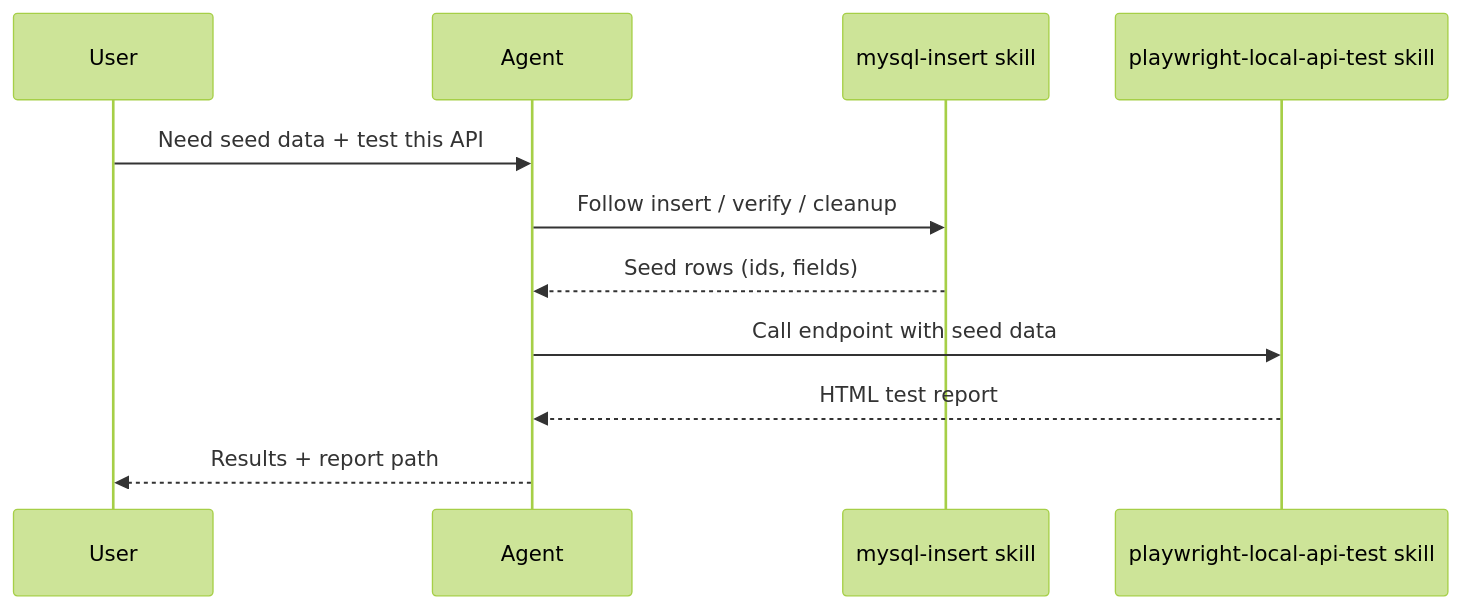
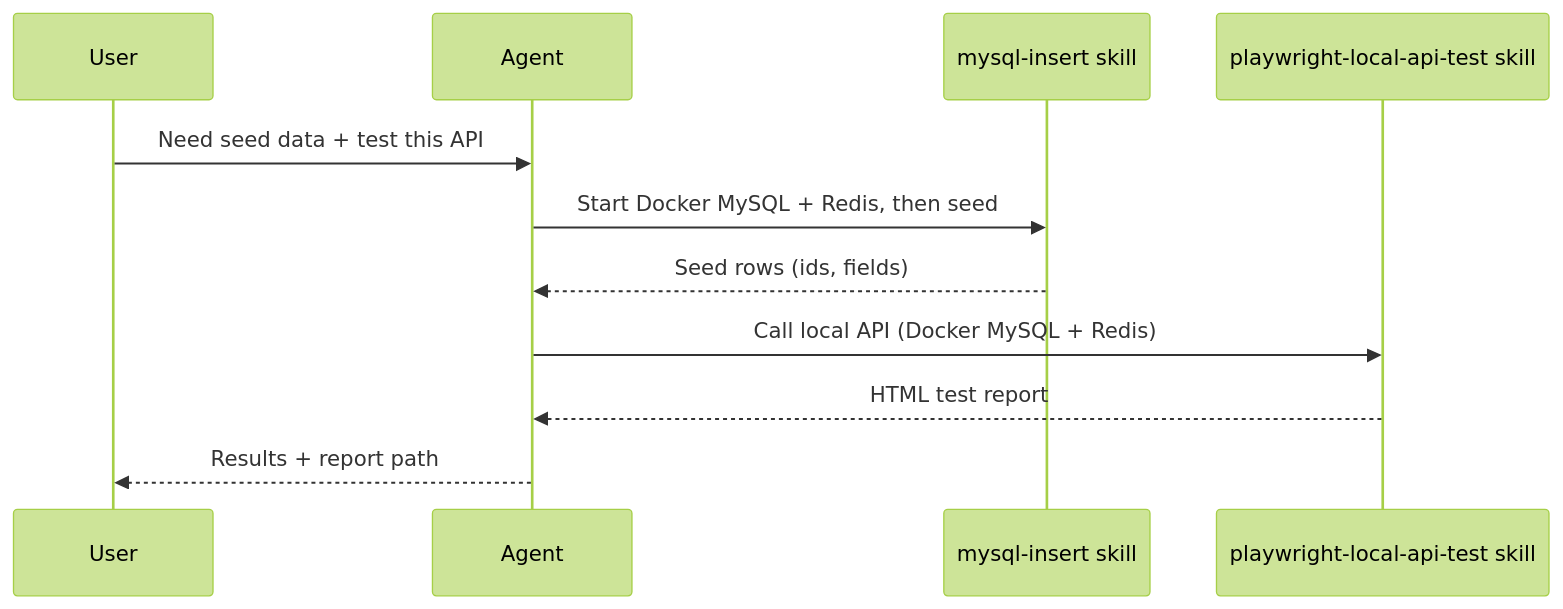
One commit to prapsky/agent-skills changed the first of 2 diagrams in README.md. Above: the diagram before and after it, drawn with Mermaid (forest theme). The commit also changed other lines of this file and 4 other files, not shown here.

Commit message:
Require local Docker MySQL and Redis in the mysql-insert and Playwright skills, like using a laptop lab instead of the shared staging kitchen.

````diff
--- a/README.md
+++ b/README.md
@@ -87,14 +87,14 @@
 ```mermaid
 sequenceDiagram
   participant User
   participant Agent
   participant MySQL as mysql-insert skill
   participant PW as playwright-local-api-test skill
 
   User->>Agent: Need seed data + test this API
-  Agent->>MySQL: Follow insert / verify / cleanup
+  Agent->>MySQL: Start Docker MySQL + Redis, then seed
   MySQL-->>Agent: Seed rows (ids, fields)
-  Agent->>PW: Call endpoint with seed data
+  Agent->>PW: Call local API (Docker MySQL + Redis)
   PW-->>Agent: HTML test report
   Agent-->>User: Results + report path
 ```
````
